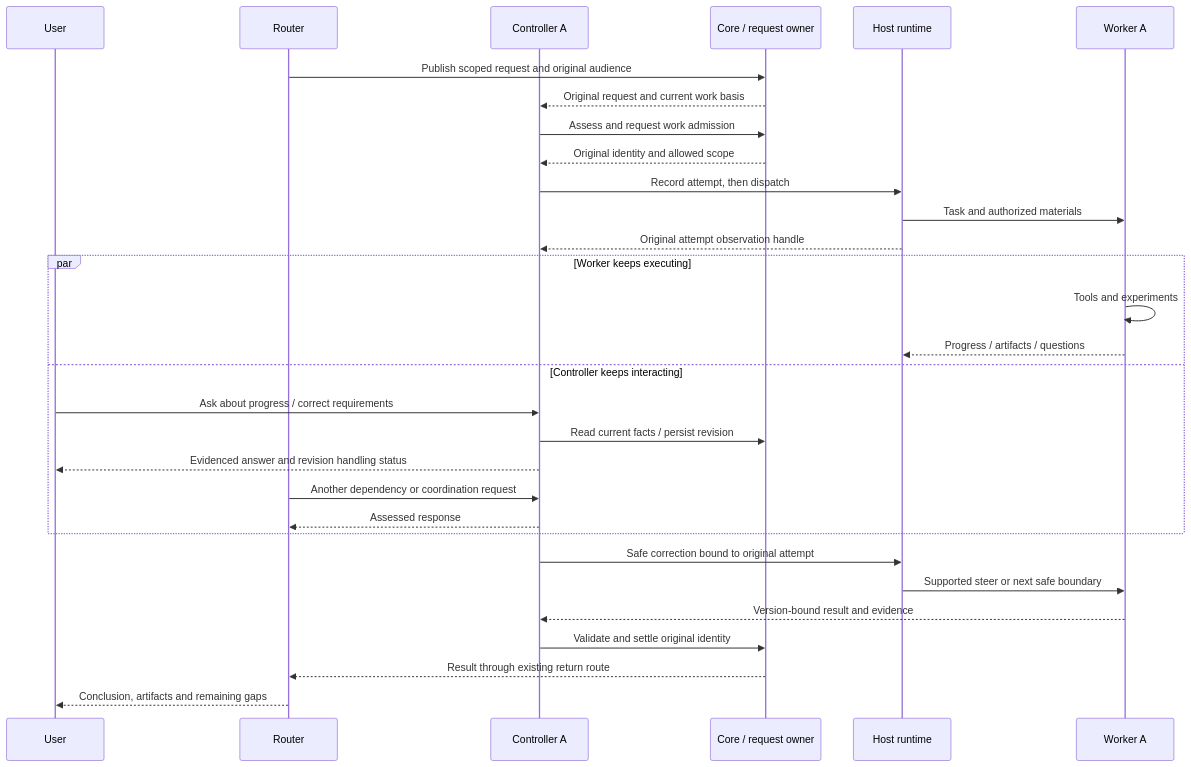
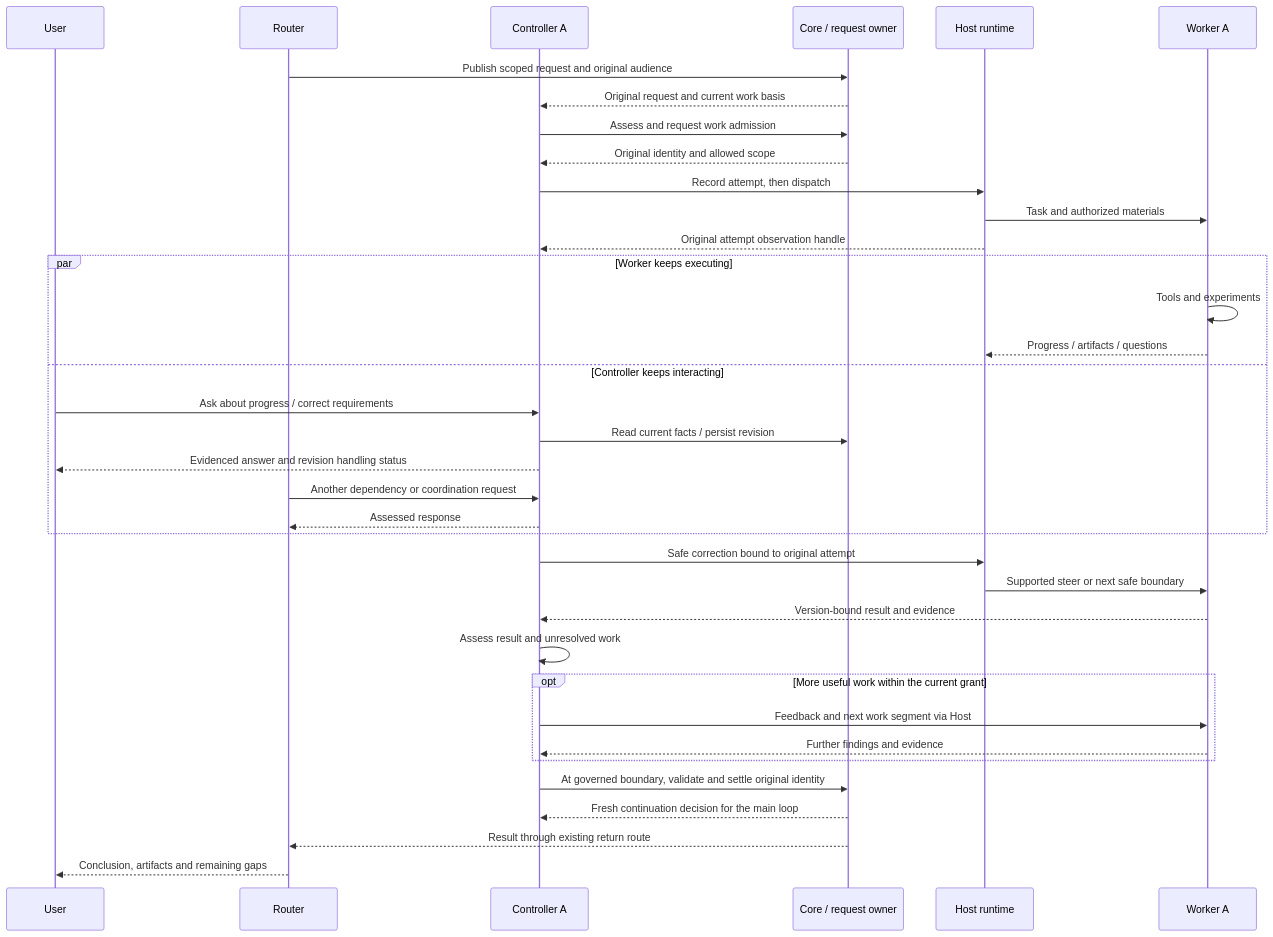
The fourth of 9 diagrams in docs/architecture/rfcs/controller-executor-unified-contract-v0.md (loopx-project/loopx), drawn with Mermaid before and after one commit. The commit also changed other lines of this file and 3 other files, not shown here.

````diff
--- a/docs/architecture/rfcs/controller-executor-unified-contract-v0.md
+++ b/docs/architecture/rfcs/controller-executor-unified-contract-v0.md
@@ -272,32 +332,38 @@
 ```mermaid
 sequenceDiagram
   participant U as User
   participant R as Router
   participant C as Controller A
   participant K as Core / request owner
   participant H as Host runtime
   participant W as Worker A
   R->>K: Publish scoped request and original audience
   K-->>C: Original request and current work basis
   C->>K: Assess and request work admission
   K-->>C: Original identity and allowed scope
   C->>H: Record attempt, then dispatch
   H->>W: Task and authorized materials
   H-->>C: Original attempt observation handle
   par Worker keeps executing
     W->>W: Tools and experiments
     W-->>H: Progress / artifacts / questions
   and Controller keeps interacting
     U->>C: Ask about progress / correct requirements
     C->>K: Read current facts / persist revision
     C-->>U: Evidenced answer and revision handling status
     R->>C: Another dependency or coordination request
     C-->>R: Assessed response
   end
   C->>H: Safe correction bound to original attempt
   H->>W: Supported steer or next safe boundary
   W-->>C: Version-bound result and evidence
-  C->>K: Validate and settle original identity
+  C->>C: Assess result and unresolved work
+  opt More useful work within the current grant
+    C->>W: Feedback and next work segment via Host
+    W-->>C: Further findings and evidence
+  end
+  C->>K: At governed boundary, validate and settle original identity
+  K-->>C: Fresh continuation decision for the main loop
   K-->>R: Result through existing return route
   R-->>U: Conclusion, artifacts and remaining gaps
 ```
````
